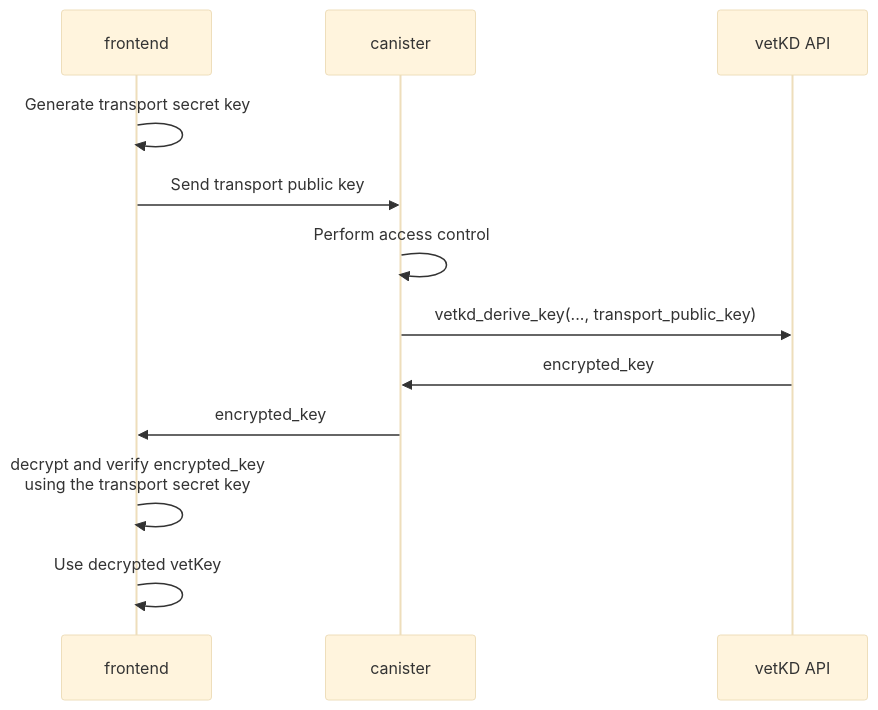
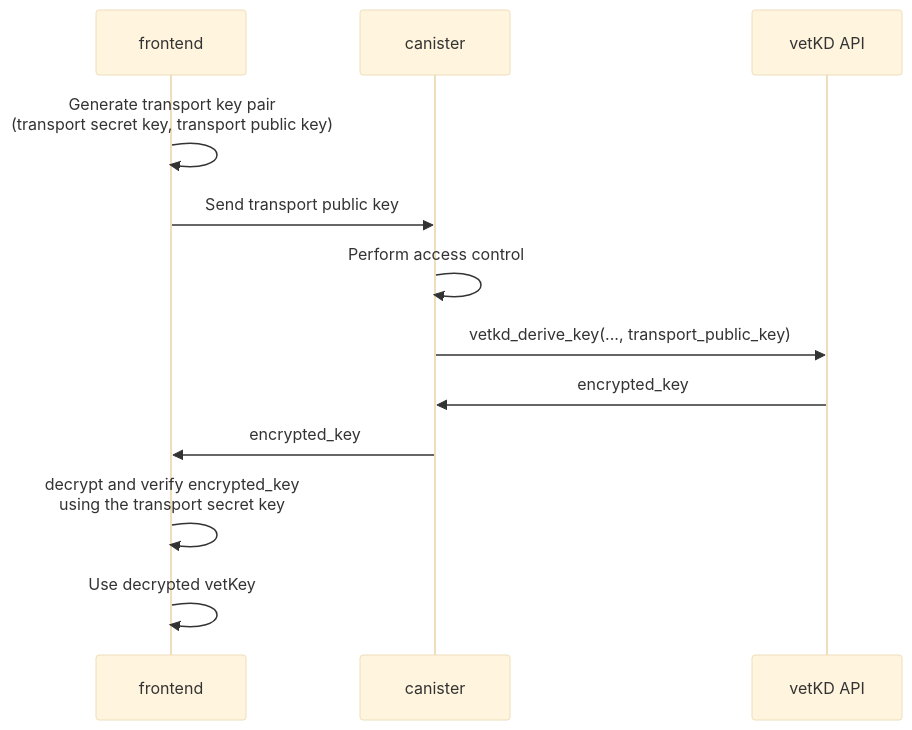
Before and after one commit to dfinity/portal: the diagram in docs/building-apps/network-features/vetkeys/api.mdx, drawn with Mermaid (base theme). The commit also changed other lines of this file, not shown here.

````diff
--- a/docs/building-apps/network-features/vetkeys/api.mdx
+++ b/docs/building-apps/network-features/vetkeys/api.mdx
@@ -53,15 +53,15 @@
 ```mermaid
 sequenceDiagram
     participant Frontend as frontend
     participant Canister as canister
     participant ManagementCanister as vetKD API
 
-    Frontend->>Frontend: Generate transport secret key
+    Frontend->>Frontend: Generate transport key pair<br>(transport secret key, transport public key)
     Frontend->>Canister: Send transport public key
     Canister->>Canister: Perform access control
     Canister->>ManagementCanister: vetkd_derive_key(..., transport_public_key)
     ManagementCanister->>Canister: encrypted_key
     Canister->>Frontend: encrypted_key
     Frontend->>Frontend: decrypt and verify encrypted_key<br>using the transport secret key
     Frontend->>Frontend: Use decrypted vetKey
 ```
````
